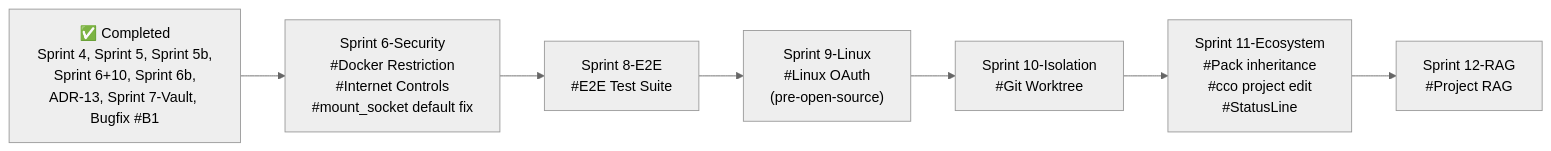
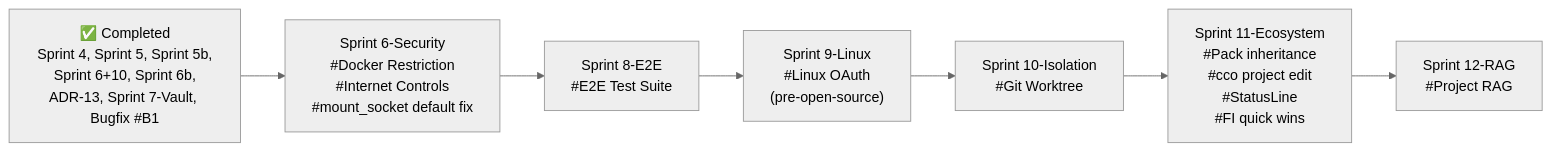
One commit to alergyonthestage/claude-orchestrator changed the diagram in docs/maintainer/decisions/roadmap.md. Above: the diagram before and after it, drawn with Mermaid (neutral theme). The commit also changed other lines of this file and 2 other files, not shown here.

First line of the commit message:
docs: integrate QUESTIONS-FUTURE.md into roadmap and decisions

````diff
--- a/docs/maintainer/decisions/roadmap.md
+++ b/docs/maintainer/decisions/roadmap.md
@@ -24,18 +24,18 @@
 ```mermaid
 graph LR
     DONE["✅ Completed<br/>Sprint 4, Sprint 5, Sprint 5b,<br/>Sprint 6+10, Sprint 6b,<br/>ADR-13, Sprint 7-Vault, Bugfix #B1"]
 
     S6S["Sprint 6-Security<br/>#Docker Restriction<br/>#Internet Controls<br/>#mount_socket default fix"]
     S8E["Sprint 8-E2E<br/>#E2E Test Suite"]
     S9L["Sprint 9-Linux<br/>#Linux OAuth<br/>(pre-open-source)"]
     S10I["Sprint 10-Isolation<br/>#Git Worktree"]
-    S11E["Sprint 11-Ecosystem<br/>#Pack inheritance<br/>#cco project edit<br/>#StatusLine"]
+    S11E["Sprint 11-Ecosystem<br/>#Pack inheritance<br/>#cco project edit<br/>#StatusLine<br/>#FI quick wins"]
     S12R["Sprint 12-RAG<br/>#Project RAG"]
 
     DONE --> S6S
     S6S --> S8E
     S8E --> S9L
     S9L --> S10I
     S10I --> S11E
     S11E --> S12R
 ```
````
